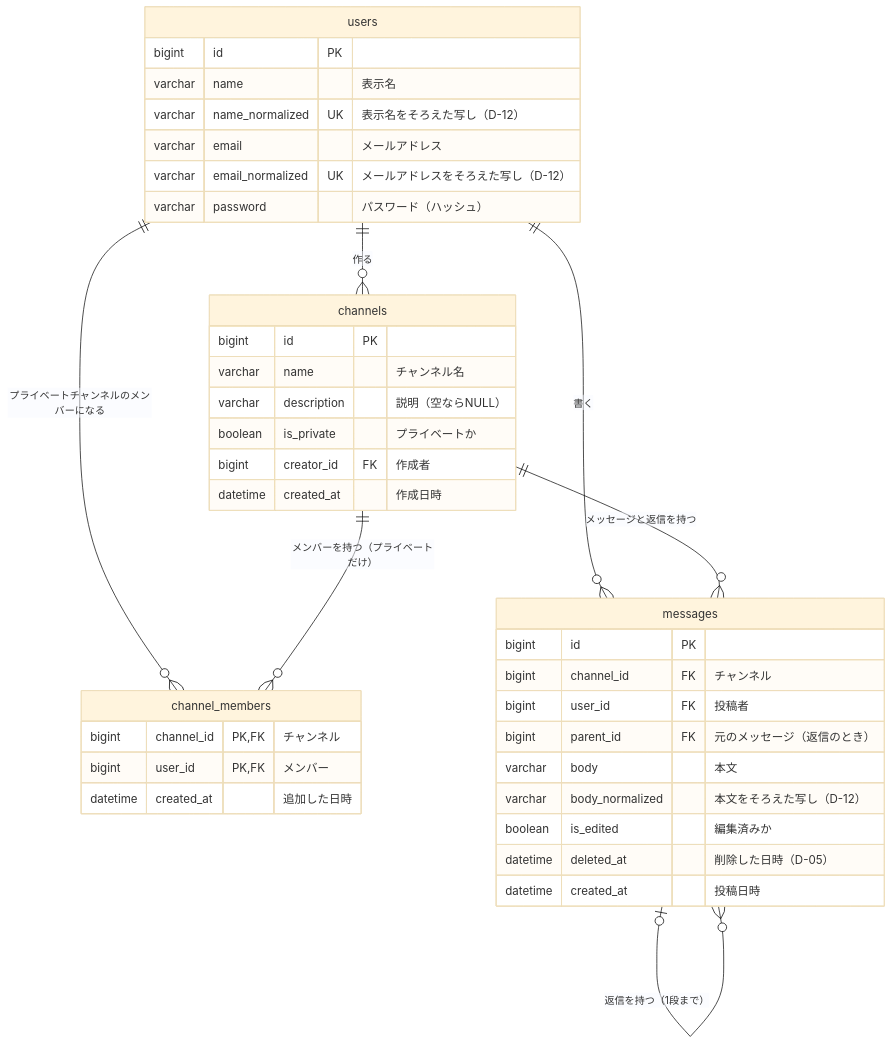
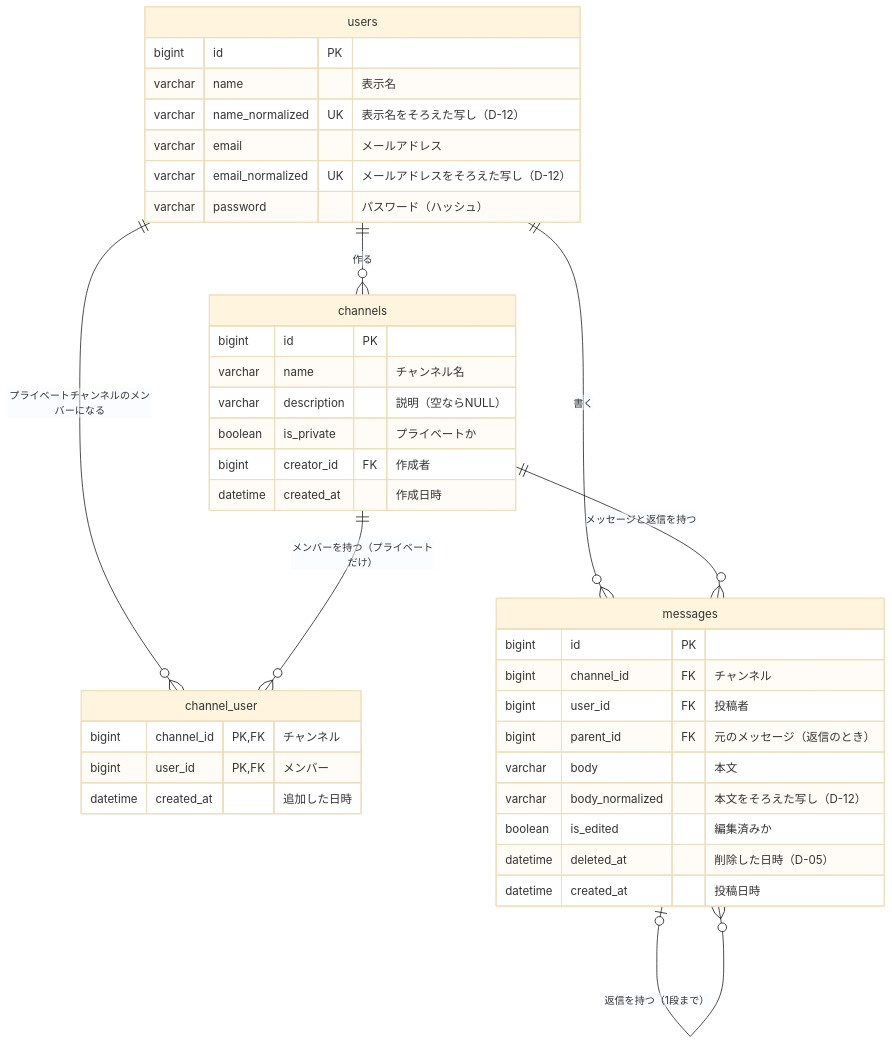
One commit to yukari-moriya/teamchat-app changed the diagram in docs/design/data.md. Above: the diagram before and after it, drawn with Mermaid (base theme). The commit also changed other lines of this file and 1 other file, not shown here.

First line of the commit message:
設計書: 中間テーブル名を channel_members から channel_user に変更

````diff
--- a/docs/design/data.md
+++ b/docs/design/data.md
@@ -32,42 +32,42 @@
 ```mermaid
 erDiagram
   users ||--o{ channels : "作る"
-  users ||--o{ channel_members : "プライベートチャンネルのメンバーになる"
-  channels ||--o{ channel_members : "メンバーを持つ（プライベートだけ）"
+  users ||--o{ channel_user : "プライベートチャンネルのメンバーになる"
+  channels ||--o{ channel_user : "メンバーを持つ（プライベートだけ）"
   users ||--o{ messages : "書く"
   channels ||--o{ messages : "メッセージと返信を持つ"
   messages |o--o{ messages : "返信を持つ（1段まで）"
 
   users {
     bigint id PK
     varchar name "表示名"
     varchar name_normalized UK "表示名をそろえた写し（D-12）"
     varchar email "メールアドレス"
     varchar email_normalized UK "メールアドレスをそろえた写し（D-12）"
     varchar password "パスワード（ハッシュ）"
   }
   channels {
     bigint id PK
     varchar name "チャンネル名"
     varchar description "説明（空ならNULL）"
     boolean is_private "プライベートか"
     bigint creator_id FK "作成者"
     datetime created_at "作成日時"
   }
-  channel_members {
+  channel_user {
     bigint channel_id PK, FK "チャンネル"
     bigint user_id PK, FK "メンバー"
     datetime created_at "追加した日時"
   }
   messages {
     bigint id PK
     bigint channel_id FK "チャンネル"
     bigint user_id FK "投稿者"
     bigint parent_id FK "元のメッセージ（返信のとき）"
     varchar body "本文"
     varchar body_normalized "本文をそろえた写し（D-12）"
     boolean is_edited "編集済みか"
     datetime deleted_at "削除した日時（D-05）"
     datetime created_at "投稿日時"
   }
 ```
````
